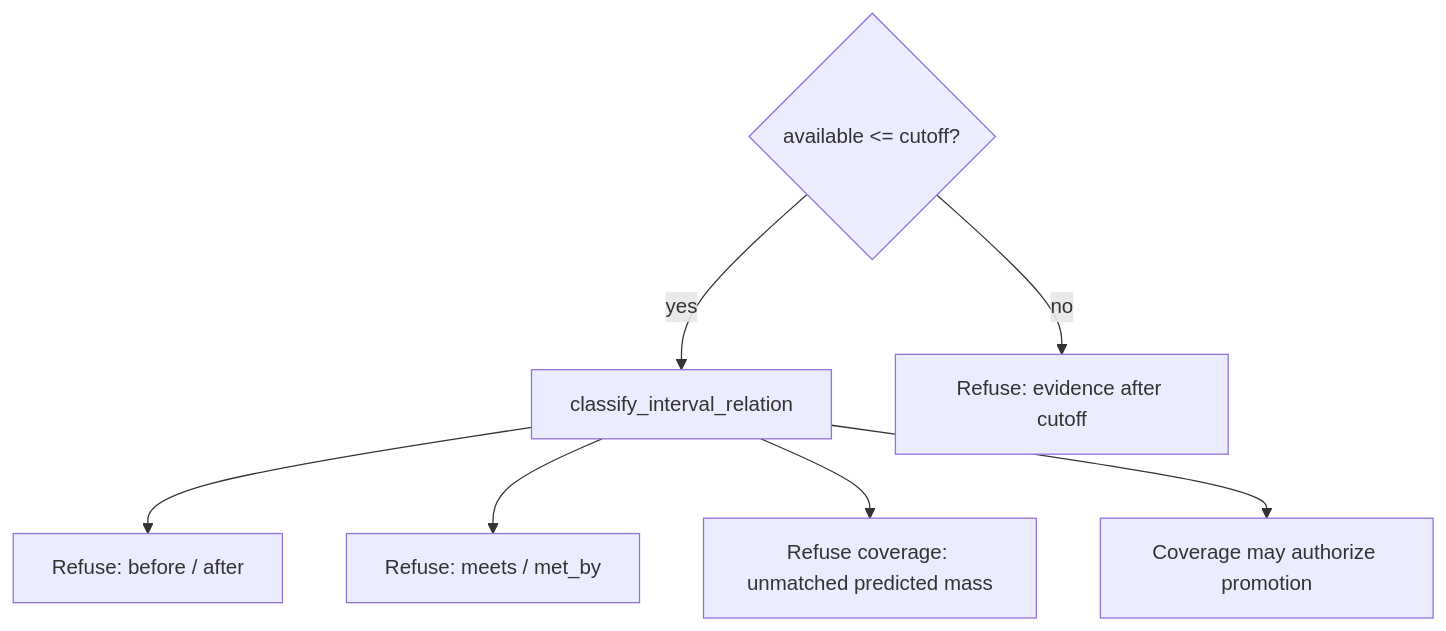
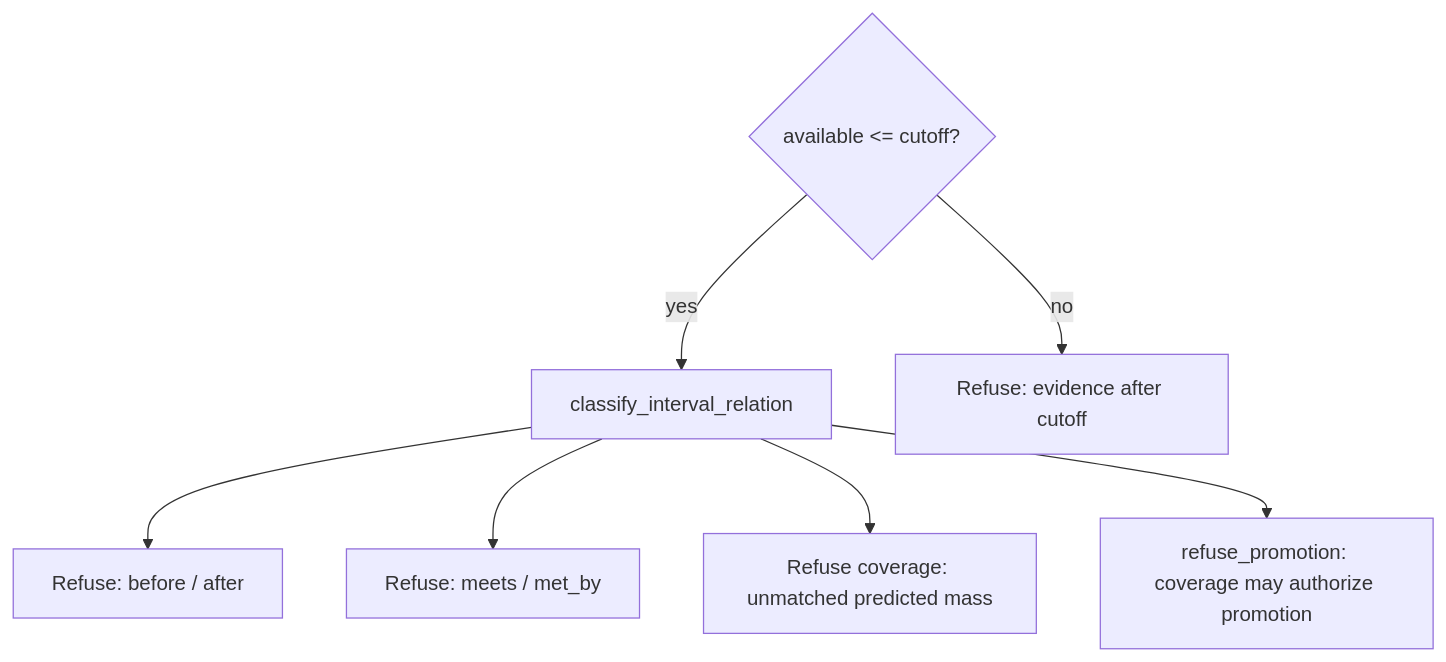
The diagram in docs/research/prediction-contradiction-gate.md (ContextualWisdomLab/TEPP), drawn with Mermaid before and after one commit. The commit also changed other lines of this file and 12 other files, not shown here.

First line of the commit message:
fix(temporal): make refuse_promotion the coverage gate

````diff
--- a/docs/research/prediction-contradiction-gate.md
+++ b/docs/research/prediction-contradiction-gate.md
@@ -22,15 +24,15 @@
 ```mermaid
 flowchart TD
     cutoff{available <= cutoff?}
     allen[classify_interval_relation]
     contradict[Refuse: before / after]
     adjacent[Refuse: meets / met_by]
     partial[Refuse coverage: unmatched predicted mass]
-    cover[Coverage may authorize promotion]
+    cover[refuse_promotion: coverage may authorize promotion]
     cutoff -->|no| ineligible[Refuse: evidence after cutoff]
     cutoff -->|yes| allen
     allen --> contradict
     allen --> adjacent
     allen --> partial
     allen --> cover
 ```
````
